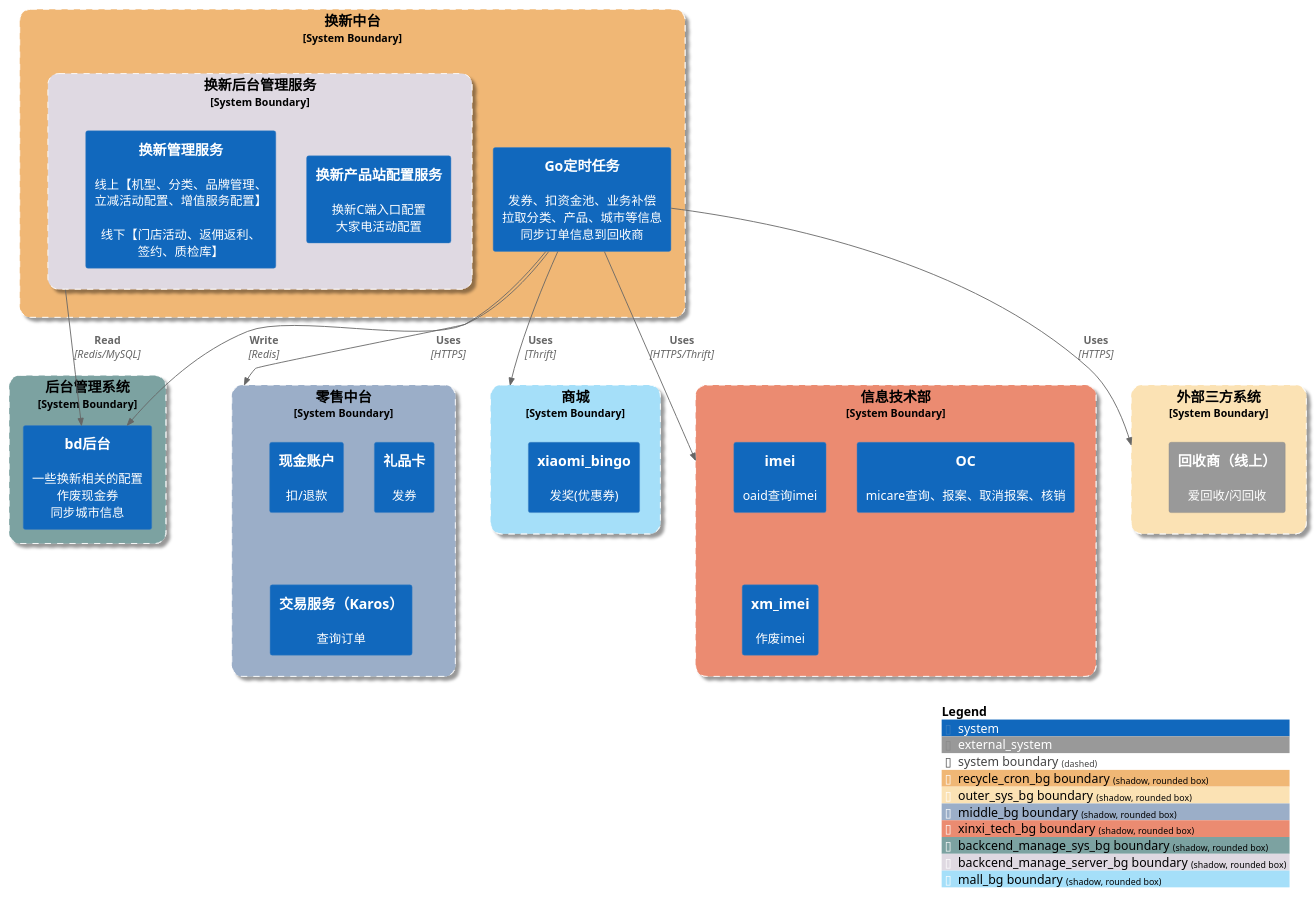
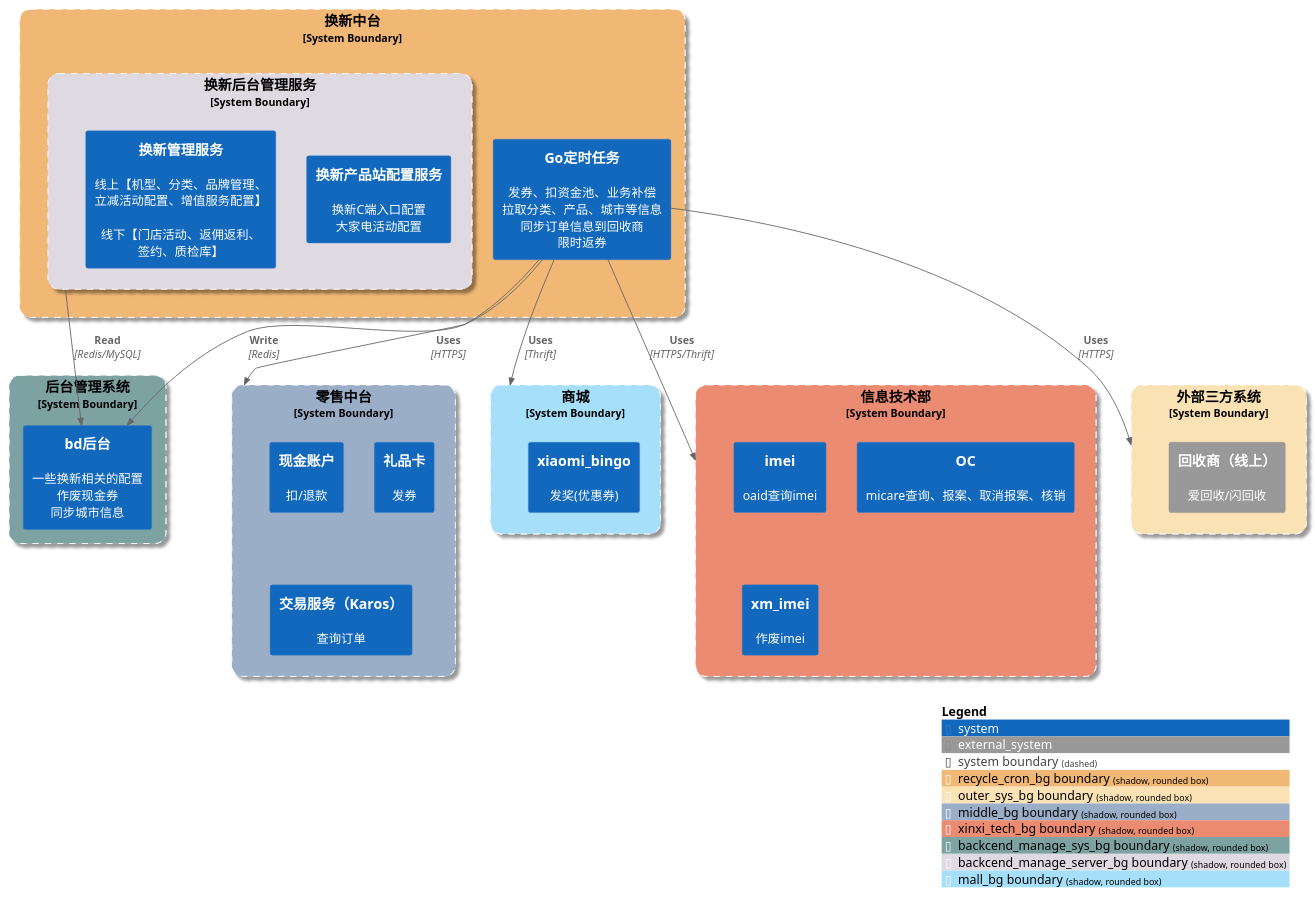
The diagram in src/main/java/uml/recycle/Mishop_Recycle_Crond_System_Context.puml (HanyuKing/learn-jdk), drawn with PlantUML before and after one commit.

Commit message:
限时返券

```diff
--- a/src/main/java/uml/recycle/Mishop_Recycle_Crond_System_Context.puml
+++ b/src/main/java/uml/recycle/Mishop_Recycle_Crond_System_Context.puml
@@ -1,52 +1,52 @@
 @startuml
 !include https://raw.githubusercontent.com/plantuml-stdlib/C4-PlantUML/master/C4_Container.puml
 
 AddBoundaryTag("recycle_cron_bg", $bgColor="#F0B775", $fontColor="black", $borderColor="white", $shadowing="true", $shape = RoundedBoxShape(), $type="System Boundary")
 AddBoundaryTag("outer_sys_bg", $bgColor="#fbe2b4", $fontColor="black", $borderColor="white", $shadowing="true", $shape = RoundedBoxShape(), $type="System Boundary")
 AddBoundaryTag("middle_bg", $bgColor="#9baec8", $fontColor="black", $borderColor="white", $shadowing="true", $shape = RoundedBoxShape(), $type="System Boundary")
 AddBoundaryTag("xinxi_tech_bg", $bgColor="#eb8b71", $fontColor="black", $borderColor="white", $shadowing="true", $shape = RoundedBoxShape(), $type="System Boundary")
 AddBoundaryTag("backcend_manage_sys_bg", $bgColor="#7ca2a1", $fontColor="black", $borderColor="white", $shadowing="true", $shape = RoundedBoxShape(), $type="System Boundary")
 AddBoundaryTag("backcend_manage_server_bg", $bgColor="#DFD9E2", $fontColor="black", $borderColor="white", $shadowing="true", $shape = RoundedBoxShape(), $type="System Boundary")
 AddBoundaryTag("mall_bg", $bgColor="#a5dff9", $fontColor="black", $borderColor="white", $shadowing="true", $shape = RoundedBoxShape(), $type="System Boundary")
 
 System_Boundary(recycle_middle, "换新中台", $tags="recycle_cron_bg") {
-    System(mishop_recycle_crond, "Go定时任务", "发券、扣资金池、业务补偿\n拉取分类、产品、城市等信息\n同步订单信息到回收商")
+    System(mishop_recycle_crond, "Go定时任务", "发券、扣资金池、业务补偿\n拉取分类、产品、城市等信息\n同步订单信息到回收商\n限时返券")
     System_Boundary(recycle_management_server, "换新后台管理服务", $tags="backcend_manage_server_bg") {
         System(mishop_recycleconf, "换新产品站配置服务", "换新C端入口配置\n大家电活动配置")
         System(recycle_management, "换新管理服务", "线上【机型、分类、品牌管理、\n立减活动配置、增值服务配置】\n\n线下【门店活动、返佣返利、\n签约、质检库】")
     }
 }
 
 System_Boundary(recycle_management_backend_sys, "后台管理系统", $tags="backcend_manage_sys_bg") {
     System(bd_backend, "bd后台", "一些换新相关的配置\n作废现金券\n同步城市信息")
 }
 
 System_Boundary(middle, "零售中台", $tags="middle_bg") {
     System(cash_account, "现金账户", "扣/退款")
     System(ecard, "礼品卡", "发券")
     System(karos, "交易服务（Karos）", "查询订单")
 }
 
 System_Boundary(mall, "商城", $tags="mall_bg") {
     System(xiaomi_bingo, "xiaomi_bingo", "发奖(优惠券)")
 }
 
 System_Boundary(xinxi_tech, "信息技术部", $tags="xinxi_tech_bg") {
     System(imei, "imei", "oaid查询imei")
     System(OC, "OC", "micare查询、报案、取消报案、核销")
     System(xm_imei, "xm_imei", "作废imei")
 }
 
 System_Boundary(ouer_sys_to, "外部三方系统", $tags="outer_sys_bg") {
     System_Ext(recycler, "回收商（线上）", "爱回收/闪回收")
 }
 
 Rel(mishop_recycle_crond, ouer_sys_to, "Uses", "HTTPS")
 Rel(mishop_recycle_crond, xinxi_tech, "Uses", "HTTPS/Thrift")
 Rel(mishop_recycle_crond, middle, "Uses", "HTTPS")
 Rel(mishop_recycle_crond, mall, "Uses", "Thrift")
 Rel(mishop_recycle_crond, bd_backend, "Write", "Redis")
 Rel(recycle_management_server, bd_backend, "Read", "Redis/MySQL")
 
 SHOW_LEGEND()
 @enduml
```
